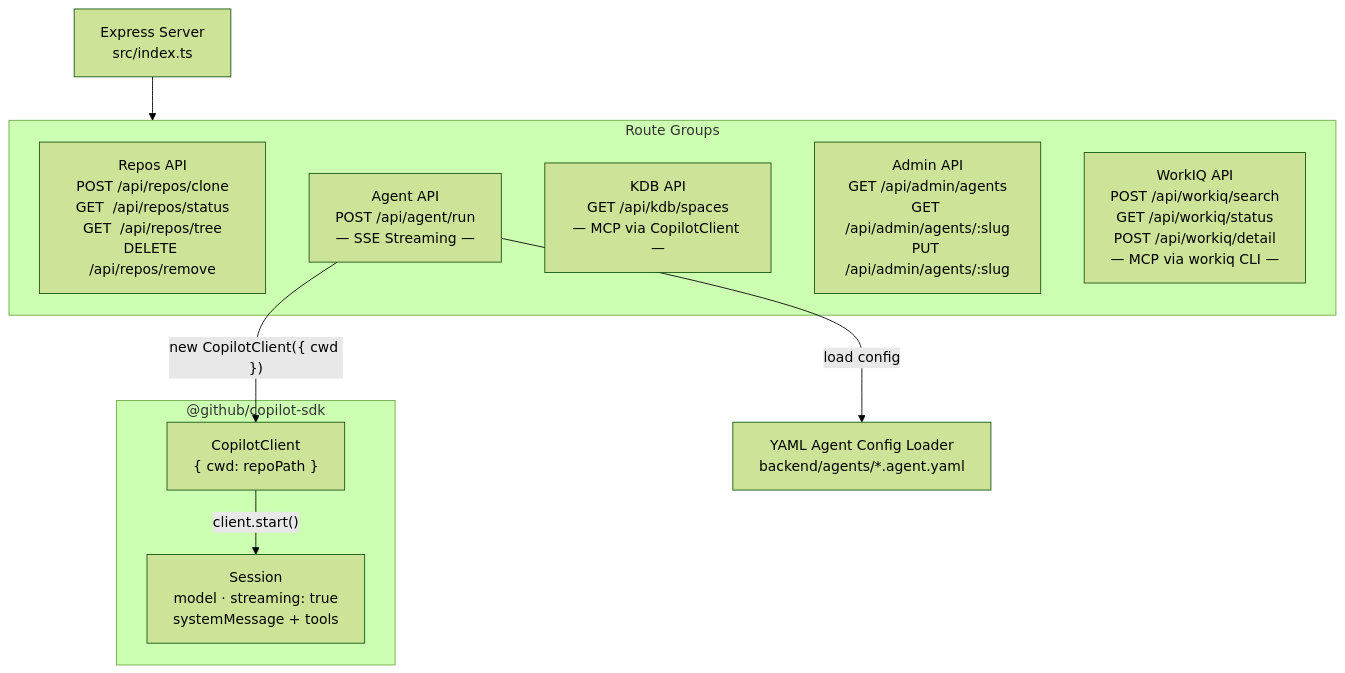
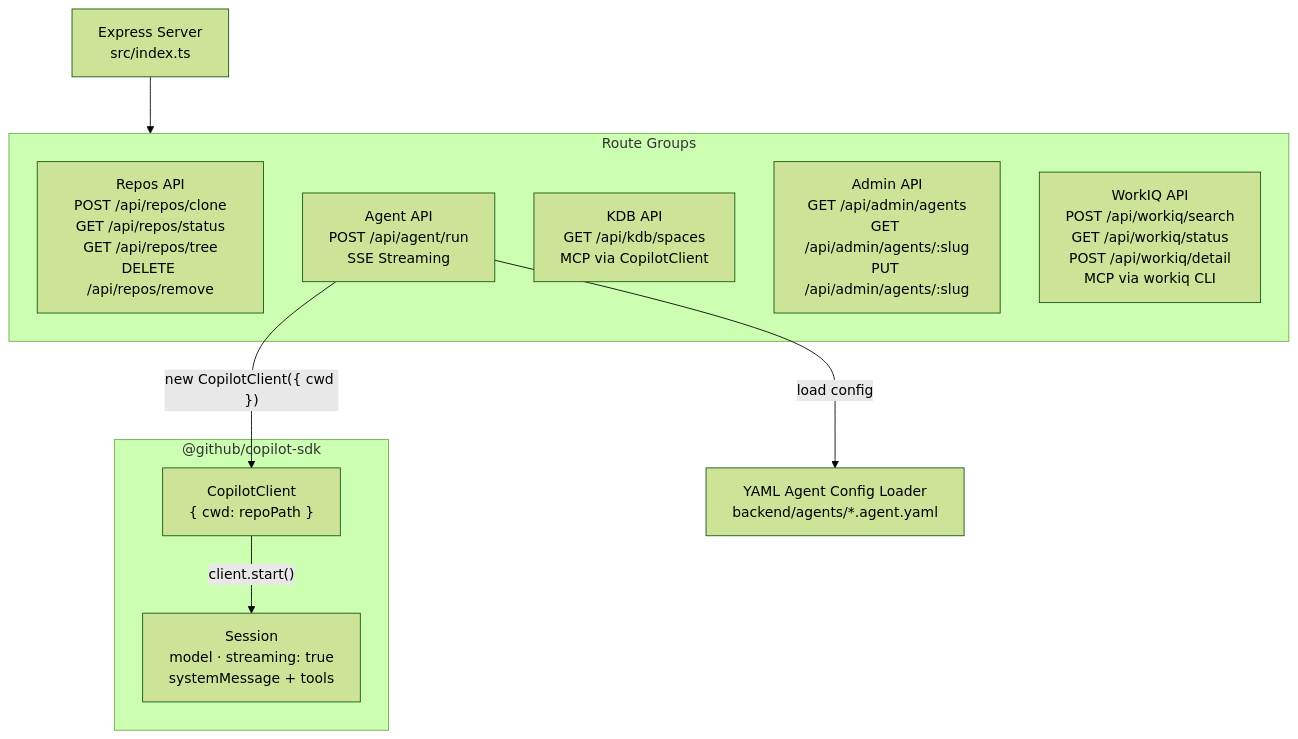
One commit to gherrerz/agentic-web-spec changed the fourth of 7 diagrams in ARCHITECTURE.md. Above: the diagram before and after it, drawn with Mermaid (forest theme). The commit also changed other lines of this file, not shown here.

Commit message:
docs: mejora legibilidad de diagramas mermaid

````diff
--- a/ARCHITECTURE.md
+++ b/ARCHITECTURE.md
@@ -105,24 +108,25 @@
 ```mermaid
+%%{init: {'flowchart': {'nodeSpacing': 45, 'rankSpacing': 65, 'htmlLabels': true}}}%%
 flowchart TD
-    Express["Express Server\nsrc/index.ts"]
+    Express["Express Server<br/>src/index.ts"]
 
     subgraph Routes["Route Groups"]
-        ReposRoute["Repos API\nPOST /api/repos/clone\nGET  /api/repos/status\nGET  /api/repos/tree\nDELETE /api/repos/remove"]
-        AgentRoute["Agent API\nPOST /api/agent/run\n— SSE Streaming —"]
-        KdbRoute["KDB API\nGET /api/kdb/spaces\n— MCP via CopilotClient —"]
-        AdminRoute["Admin API\nGET /api/admin/agents\nGET /api/admin/agents/:slug\nPUT /api/admin/agents/:slug"]
-        WorkiqRoute["WorkIQ API\nPOST /api/workiq/search\nGET  /api/workiq/status\nPOST /api/workiq/detail\n— MCP via workiq CLI —"]
+        ReposRoute["Repos API<br/>POST /api/repos/clone<br/>GET /api/repos/status<br/>GET /api/repos/tree<br/>DELETE /api/repos/remove"]
+        AgentRoute["Agent API<br/>POST /api/agent/run<br/>SSE Streaming"]
+        KdbRoute["KDB API<br/>GET /api/kdb/spaces<br/>MCP via CopilotClient"]
+        AdminRoute["Admin API<br/>GET /api/admin/agents<br/>GET /api/admin/agents/:slug<br/>PUT /api/admin/agents/:slug"]
+        WorkiqRoute["WorkIQ API<br/>POST /api/workiq/search<br/>GET /api/workiq/status<br/>POST /api/workiq/detail<br/>MCP via workiq CLI"]
     end
 
-    YAMLLoader["YAML Agent Config Loader\nbackend/agents/*.agent.yaml"]
+    YAMLLoader["YAML Agent Config Loader<br/>backend/agents/*.agent.yaml"]
 
     subgraph CopilotSDK["@github/copilot-sdk"]
-        CopilotClient["CopilotClient\n{ cwd: repoPath }"]
-        Session["Session\nmodel · streaming: true\nsystemMessage + tools"]
+        CopilotClient["CopilotClient<br/>{ cwd: repoPath }"]
+        Session["Session<br/>model · streaming: true<br/>systemMessage + tools"]
     end
 
     Express --> Routes
     AgentRoute -- "load config" --> YAMLLoader
     AgentRoute -- "new CopilotClient({ cwd })" --> CopilotClient
     CopilotClient -- "client.start()" --> Session
 ```
````
